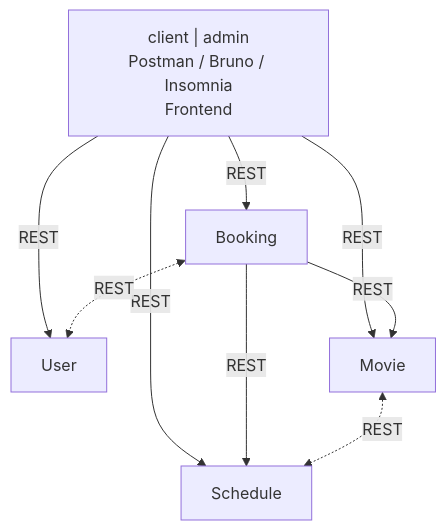
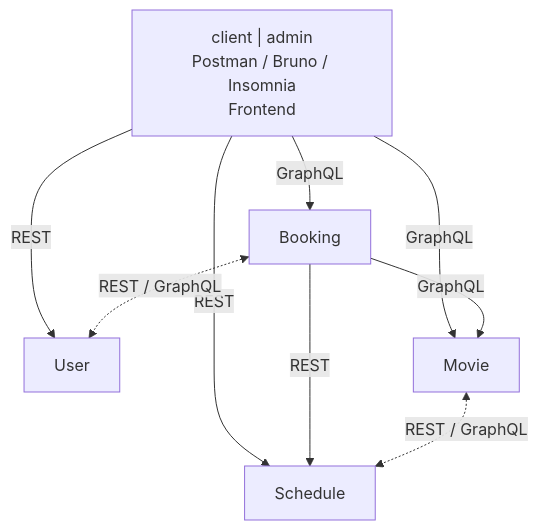
Before and after one commit to lboeglin/UE-AD-A1-REST: the diagram in README.md, drawn with Mermaid. The commit also changed other lines of this file and 16 other files, not shown here.

First line of the commit message:
feat: réécriture du service booking en GraphQL (#11)

````diff
--- a/README.md
+++ b/README.md
@@ -50,20 +50,20 @@
 ```mermaid
 flowchart TD
     Client["client | admin<br/>Postman / Bruno / Insomnia<br/>Frontend"]
 
     User
     Booking
     Schedule
     Movie
 
     Client -->|REST| User
-    Client -->|REST| Booking
+    Client -->|GraphQL| Booking
     Client -->|REST| Schedule
-    Client -->|REST| Movie
+    Client -->|GraphQL| Movie
 
-    Booking -->|REST| Movie
+    Booking -->|GraphQL| Movie
     Booking -->|REST| Schedule
 
-    Booking <-.->|REST| User
-    Movie <-.->|REST| Schedule
+    Booking <-.->|REST / GraphQL| User
+    Movie <-.->|REST / GraphQL| Schedule
 ```
````
